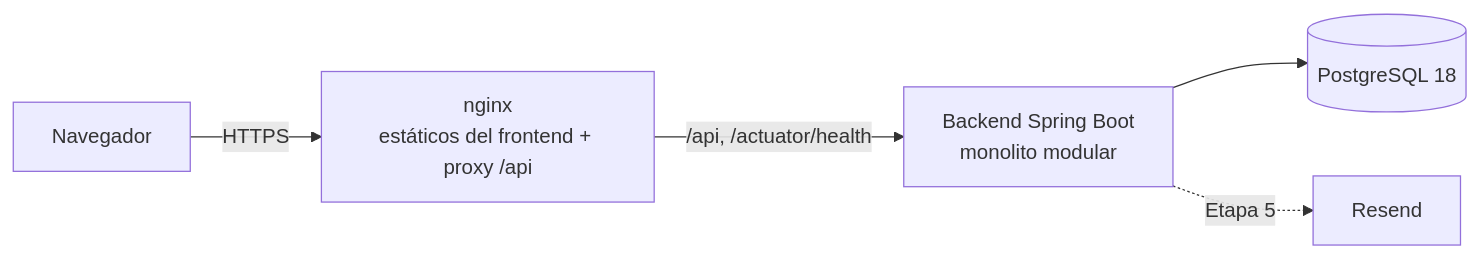
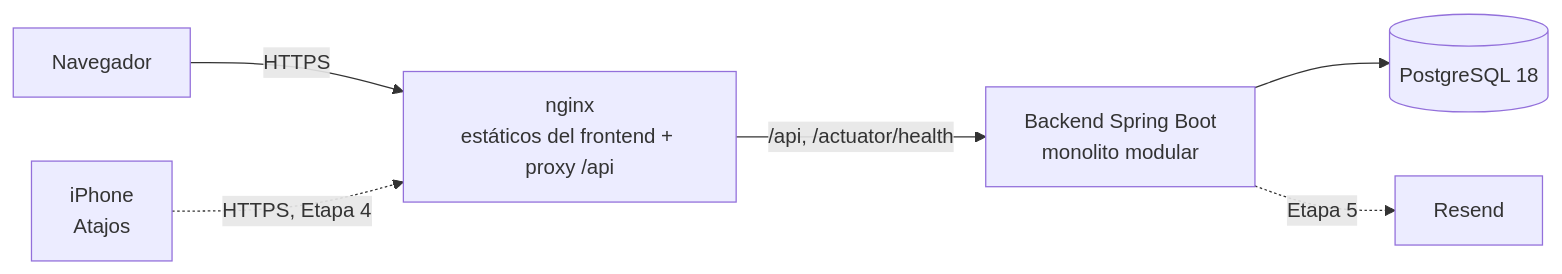
One commit to AndreyK-2305/PersonalAppTrackerBackend changed the first of 2 diagrams in docs/architecture/overview.md. Above: the diagram before and after it, drawn with Mermaid. The commit also changed other lines of this file and 176 other files, not shown here.

````diff
--- a/docs/architecture/overview.md
+++ b/docs/architecture/overview.md
@@ -7,7 +7,8 @@
 ```mermaid
 flowchart LR
     U[Navegador] -->|HTTPS| N["nginx<br/>estáticos del frontend + proxy /api"]
     N -->|/api, /actuator/health| B["Backend Spring Boot<br/>monolito modular"]
     B --> DB[(PostgreSQL 18)]
+    I[iPhone<br/>Atajos] -.->|HTTPS, Etapa 4| N
     B -.->|Etapa 5| R[Resend]
 ```
````
